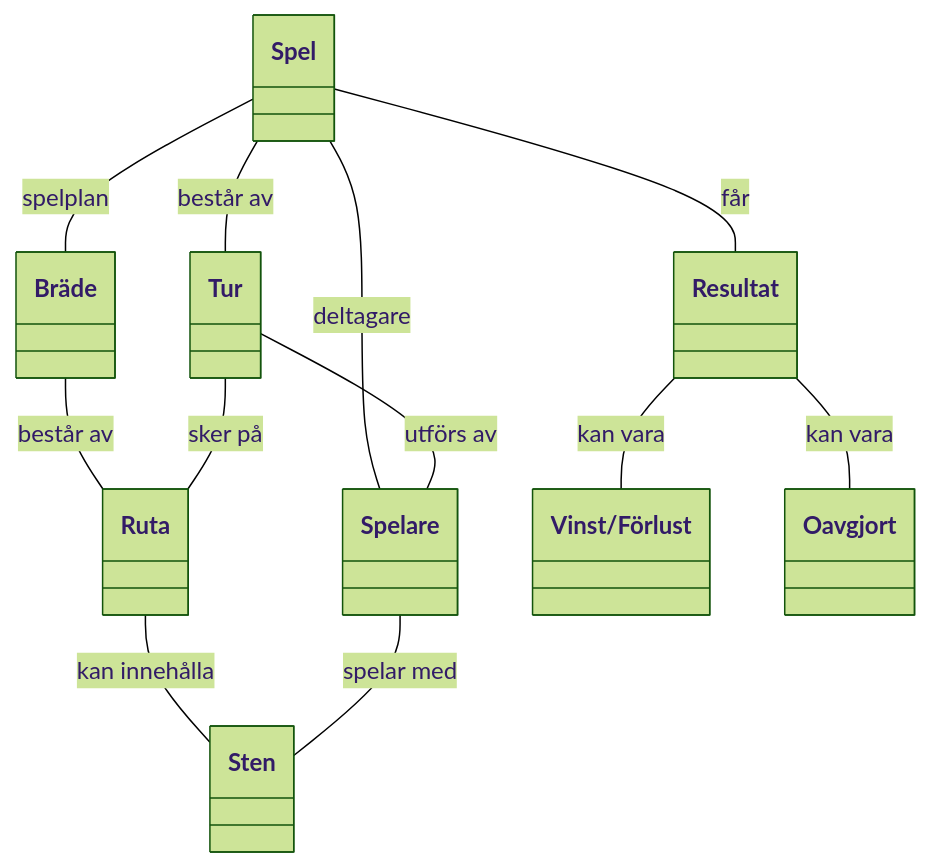
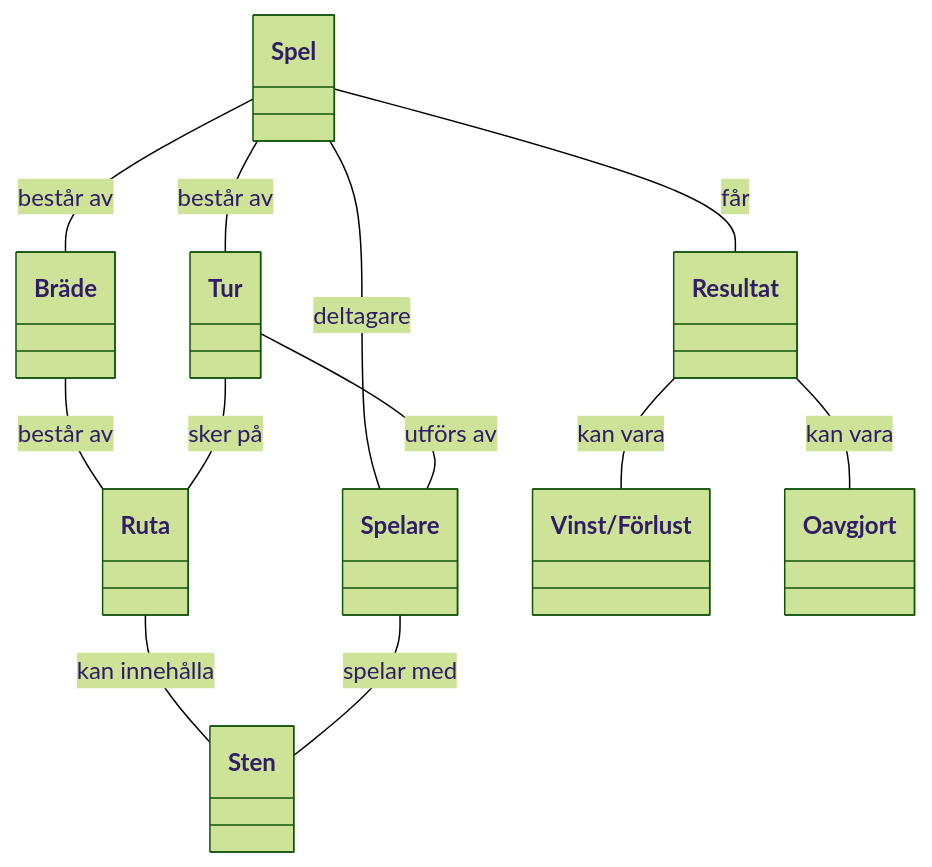
Before and after one commit to Jsambok11/gomoku-git: the diagram in aaa.md, drawn with Mermaid (forest theme).

Commit message:
test of diagrams, v7.4, change to comments

````diff
--- a/aaa.md
+++ b/aaa.md
@@ -1,44 +1,44 @@
 ```mermaid
 classDiagram
     direction TB
 
     class Spel {
     }
 
     class Resultat {
     }
 
     class Spelare {
     }
 
     class Bräde {
     }
 
     class Ruta {
     }
 
     class Sten {
     }
 
     class Tur {
     }
 
     class `Vinst/Förlust` {
     }
 
     class Oavgjort {
     }
 
     %% Relationer
     Spel -- Resultat : får
     Spel -- Spelare : deltagare
-    Spel -- Bräde : spelplan
+    Spel -- Bräde : består av
     Spel -- Tur : består av
     Bräde -- Ruta : består av
     Ruta -- Sten : kan innehålla
     Tur -- Spelare : utförs av
     Tur -- Ruta : sker på
     Spelare -- Sten : spelar med
     Resultat -- `Vinst/Förlust` : kan vara
     Resultat -- Oavgjort : kan vara
 ```
````
